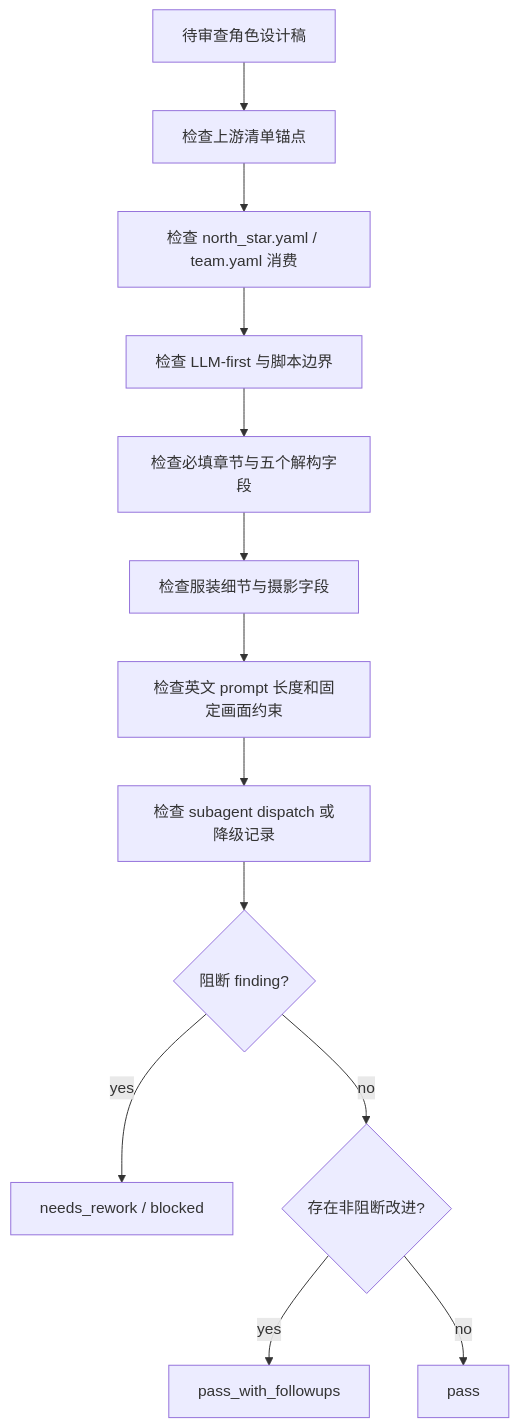
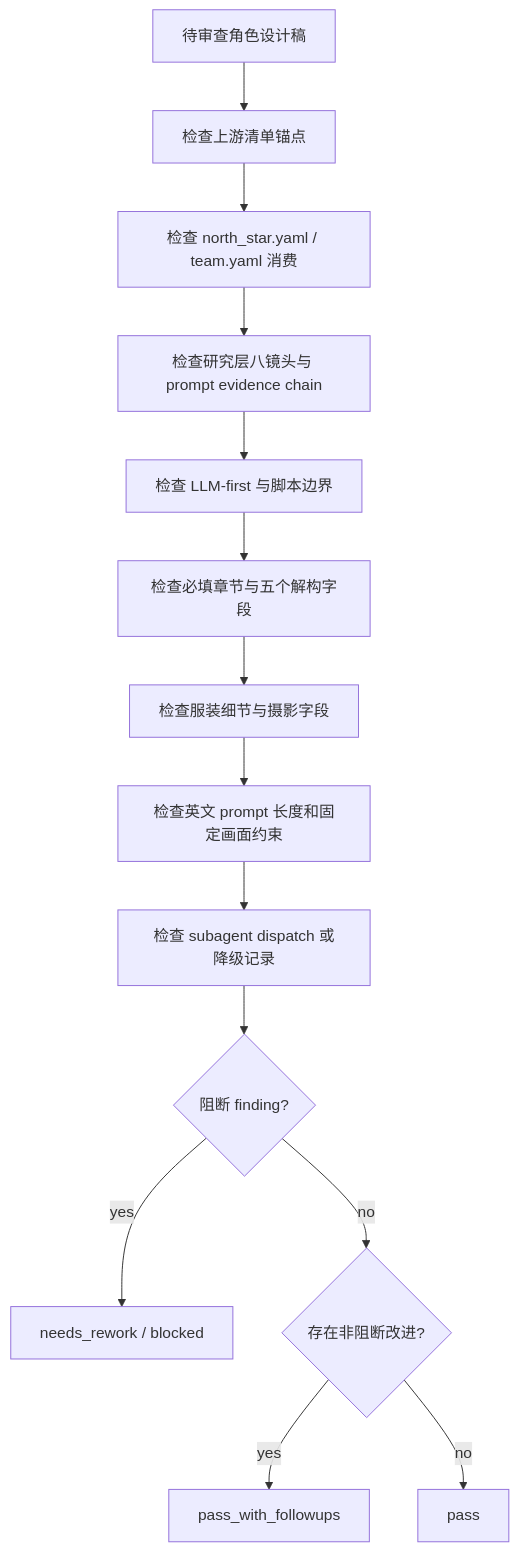
One commit to ZEN-VOID/AI-CUT changed the diagram in .agents/skills/aigc/5-设计/角色/2-设计/review/review-contract.md. Above: the diagram before and after it, drawn with Mermaid. The commit also changed other lines of this file and 526 other files, not shown here.

````diff
--- a/.agents/skills/aigc/5-设计/角色/2-设计/review/review-contract.md
+++ b/.agents/skills/aigc/5-设计/角色/2-设计/review/review-contract.md
@@ -50,15 +66,16 @@
 ```mermaid
 flowchart TD
     A["待审查角色设计稿"] --> B["检查上游清单锚点"]
     B --> C["检查 north_star.yaml / team.yaml 消费"]
-    C --> D["检查 LLM-first 与脚本边界"]
+    C --> R["检查研究层八镜头与 prompt evidence chain"]
+    R --> D["检查 LLM-first 与脚本边界"]
     D --> E["检查必填章节与五个解构字段"]
     E --> F["检查服装细节与摄影字段"]
     F --> G["检查英文 prompt 长度和固定画面约束"]
     G --> H["检查 subagent dispatch 或降级记录"]
     H --> I{"阻断 finding?"}
     I -->|"yes"| J["needs_rework / blocked"]
     I -->|"no"| K{"存在非阻断改进?"}
     K -->|"yes"| L["pass_with_followups"]
     K -->|"no"| M["pass"]
 ```
````
